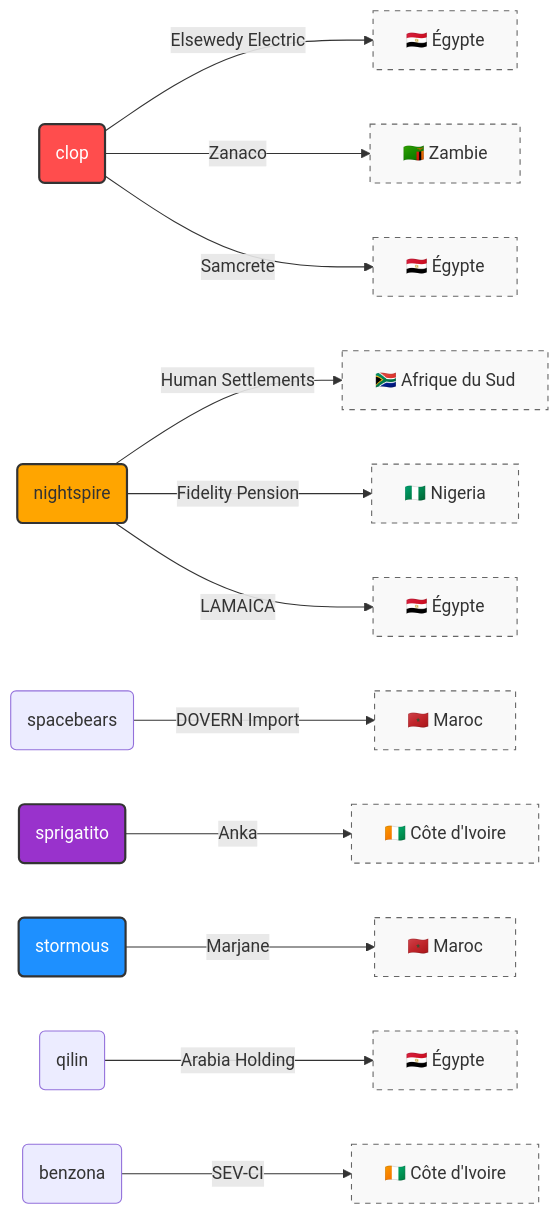
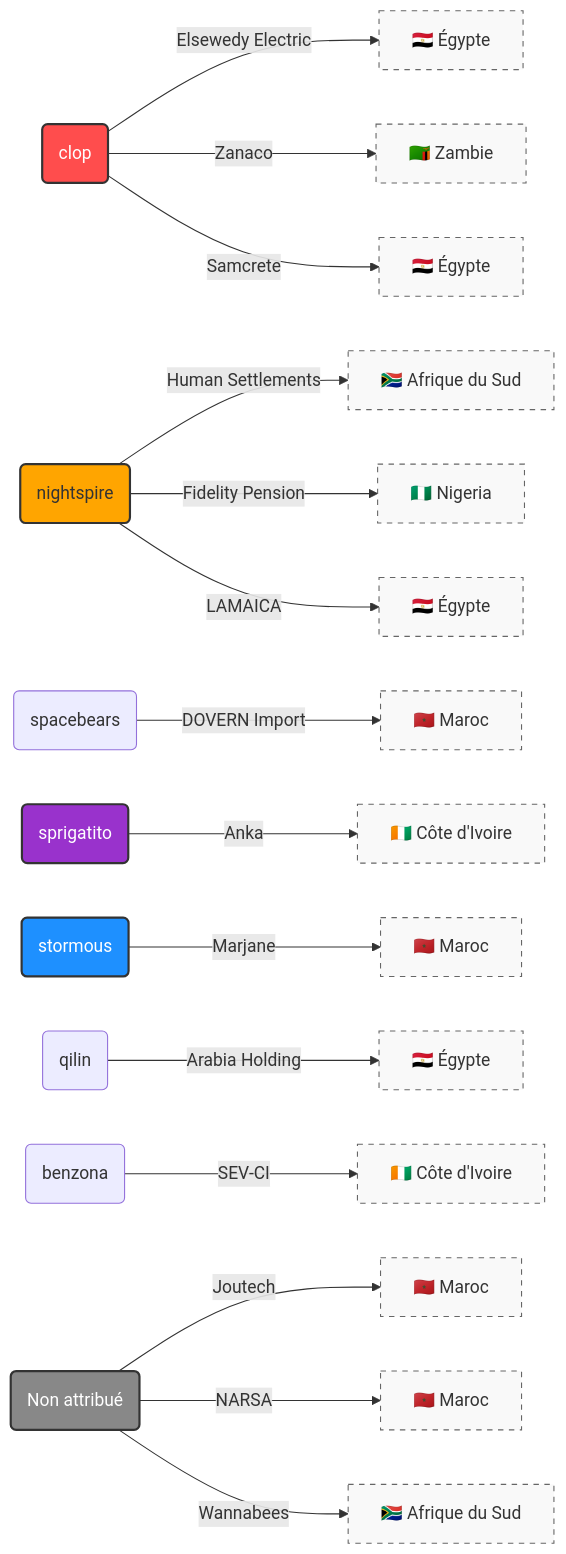
The fourth of 4 diagrams in CyberAttackAfrica/2025/11-november/README_FR.md (Hatchepsoute/AFRINTEL), drawn with Mermaid before and after one commit. The commit also changed other lines of this file and 255 other files, not shown here.

````diff
--- a/CyberAttackAfrica/2025/11-november/README_FR.md
+++ b/CyberAttackAfrica/2025/11-november/README_FR.md
@@ -137,29 +147,33 @@
 ```mermaid
 graph LR
     %% Relations clop (Rouge)
     clop(clop) -->|Elsewedy Electric| Egypt1["🇪🇬 Égypte"]
     clop -->|Zanaco| Zambia["🇿🇲 Zambie"]
     clop -->|Samcrete| Egypt2["🇪🇬 Égypte"]
 
     %% Relations nightspire (Orange)
     nightspire(nightspire) -->|Human Settlements| SA1["🇿🇦 Afrique du Sud"]
     nightspire -->|Fidelity Pension| Nigeria["🇳🇬 Nigeria"]
     nightspire -->|LAMAICA| Egypt3["🇪🇬 Égypte"]
 
     %% Autres acteurs
     spacebears(spacebears) -->|DOVERN Import| Morocco1["🇲🇦 Maroc"]
     sprigatito(sprigatito) -->|Anka| CI1["🇨🇮 Côte d'Ivoire"]
     stormous(stormous) -->|Marjane| Morocco2["🇲🇦 Maroc"]
     qilin(qilin) -->|Arabia Holding| Egypt4["🇪🇬 Égypte"]
     benzona(benzona) -->|SEV-CI| CI2["🇨🇮 Côte d'Ivoire"]
+    NonAttribue(Non attribué) -->|Joutech| Morocco3["🇲🇦 Maroc"]
+    NonAttribue -->|NARSA| Morocco4["🇲🇦 Maroc"]
+    NonAttribue -->|Wannabees| SA2["🇿🇦 Afrique du Sud"]
 
     %% Styles et Couleurs
     style clop fill:#ff4d4d,stroke:#333,stroke-width:2px,color:#fff
     style nightspire fill:#ffa500,stroke:#333,stroke-width:2px
     style sprigatito fill:#9932cc,stroke:#333,stroke-width:2px,color:#fff
     style stormous fill:#1e90ff,stroke:#333,stroke-width:2px,color:#fff
+    style NonAttribue fill:#888,stroke:#333,stroke-width:2px,color:#fff
     
     %% Style des pays
     classDef country fill:#f9f9f9,stroke:#666,stroke-dasharray: 5 5
-    class Egypt1,Egypt2,Egypt3,Egypt4,Zambia,SA1,Nigeria,Morocco1,Morocco2,CI1,CI2 country
+    class Egypt1,Egypt2,Egypt3,Egypt4,Zambia,SA1,SA2,Nigeria,Morocco1,Morocco2,Morocco3,Morocco4,CI1,CI2 country
 ```
````
